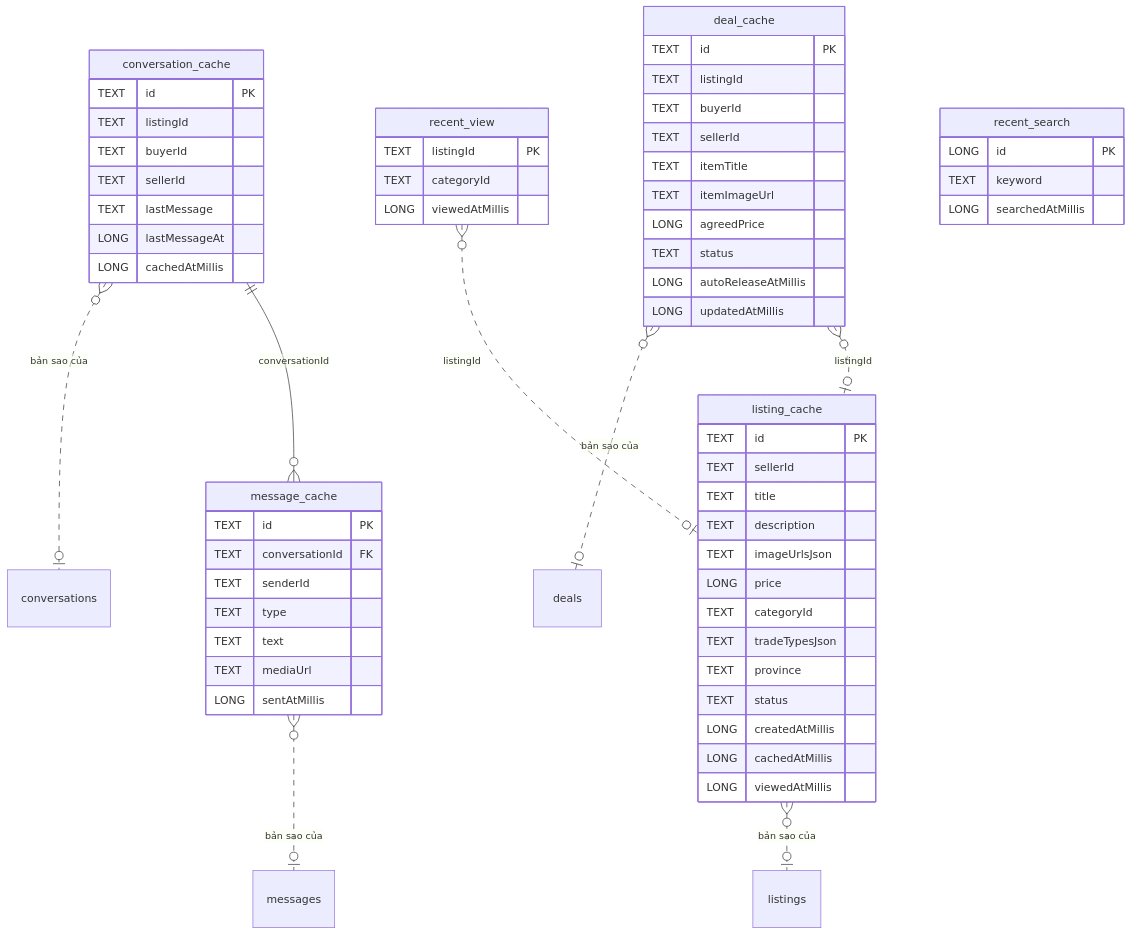
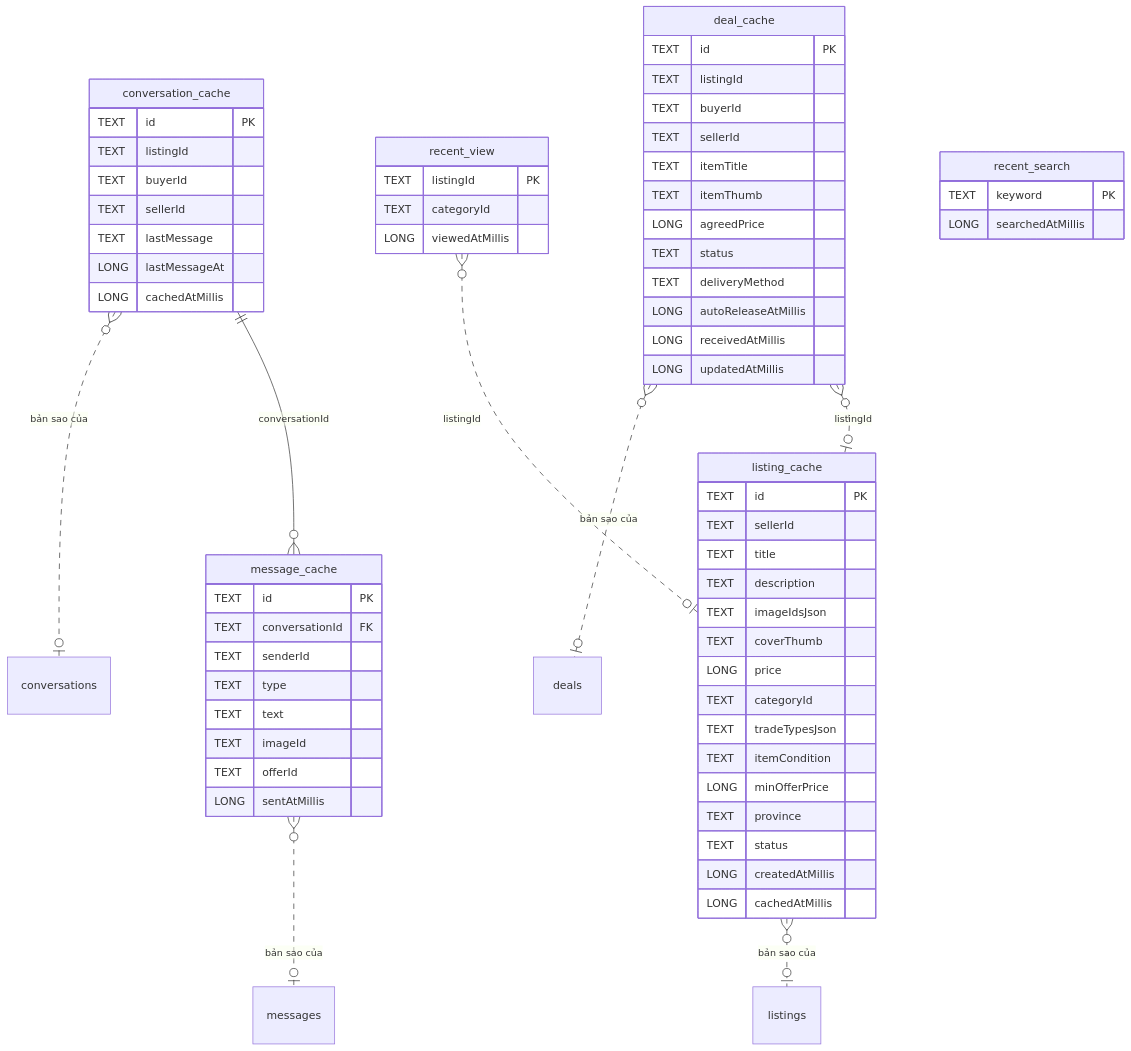
One commit to tahpnart8/NHOM3-MobileApp changed the diagram in workflow/docs/data/room-schema.md. Above: the diagram before and after it, drawn with Mermaid. The commit also changed other lines of this file and 116 other files, not shown here.

````diff
--- a/workflow/docs/data/room-schema.md
+++ b/workflow/docs/data/room-schema.md
@@ -42,65 +42,69 @@
 ```mermaid
 erDiagram
     conversation_cache ||--o{ message_cache : "conversationId"
     recent_view }o..o| listing_cache : "listingId"
     deal_cache }o..o| listing_cache : "listingId"
     conversation_cache }o..o| conversations : "bản sao của"
     message_cache }o..o| messages : "bản sao của"
     listing_cache }o..o| listings : "bản sao của"
     deal_cache }o..o| deals : "bản sao của"
     listing_cache {
         TEXT id PK
         TEXT sellerId
         TEXT title
         TEXT description
-        TEXT imageUrlsJson
+        TEXT imageIdsJson
+        TEXT coverThumb
         LONG price
         TEXT categoryId
         TEXT tradeTypesJson
+        TEXT itemCondition
+        LONG minOfferPrice
         TEXT province
         TEXT status
         LONG createdAtMillis
         LONG cachedAtMillis
-        LONG viewedAtMillis
     }
     conversation_cache {
         TEXT id PK
         TEXT listingId
         TEXT buyerId
         TEXT sellerId
         TEXT lastMessage
         LONG lastMessageAt
         LONG cachedAtMillis
     }
     message_cache {
         TEXT id PK
         TEXT conversationId FK
         TEXT senderId
         TEXT type
         TEXT text
-        TEXT mediaUrl
+        TEXT imageId
+        TEXT offerId
         LONG sentAtMillis
     }
     deal_cache {
         TEXT id PK
         TEXT listingId
         TEXT buyerId
         TEXT sellerId
         TEXT itemTitle
-        TEXT itemImageUrl
+        TEXT itemThumb
         LONG agreedPrice
         TEXT status
+        TEXT deliveryMethod
         LONG autoReleaseAtMillis
+        LONG receivedAtMillis
         LONG updatedAtMillis
     }
     recent_view {
         TEXT listingId PK
         TEXT categoryId
         LONG viewedAtMillis
     }
     recent_search {
-        LONG id PK
-        TEXT keyword
+        TEXT keyword PK
         LONG searchedAtMillis
     }
 ```
````
